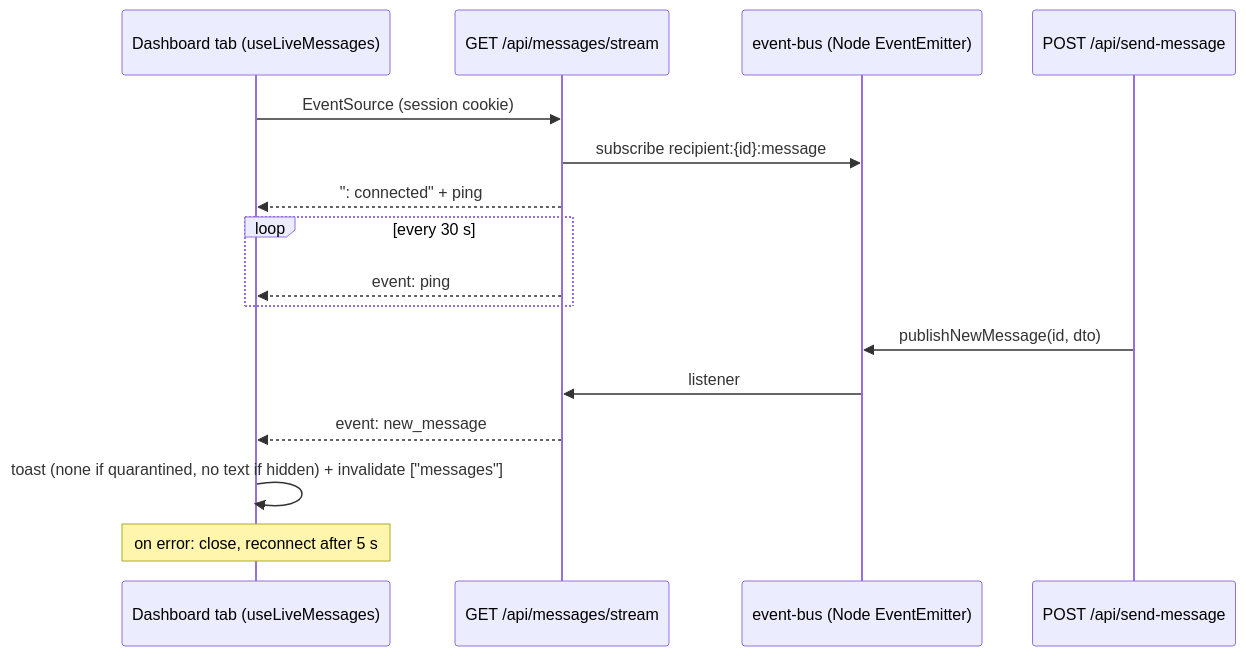
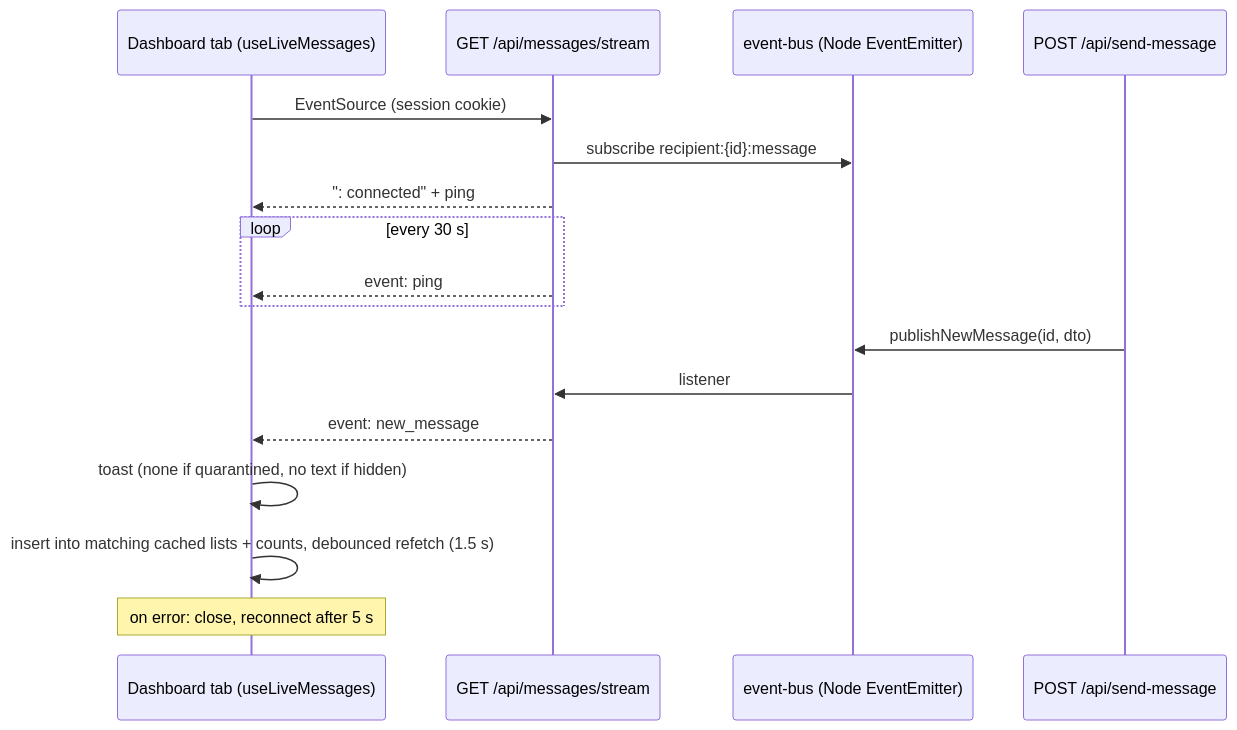
Before and after one commit to Abbas4tech/GhostMsg: the fourth of 4 diagrams in docs/18-notifications-and-realtime.md, drawn with Mermaid. The commit also changed other lines of this file and 109 other files, not shown here.

Commit message:
feat: implement core backend API, type-safe client controllers, and frontend dashboard architecture

````diff
--- a/docs/18-notifications-and-realtime.md
+++ b/docs/18-notifications-and-realtime.md
@@ -125,19 +125,20 @@
 ```mermaid
 sequenceDiagram
     participant Tab as Dashboard tab (useLiveMessages)
     participant ST as GET /api/messages/stream
     participant BUS as event-bus (Node EventEmitter)
     participant SM as POST /api/send-message
 
     Tab->>ST: EventSource (session cookie)
     ST->>BUS: subscribe recipient:{id}:message
     ST-->>Tab: ": connected" + ping
     loop every 30 s
         ST-->>Tab: event: ping
     end
     SM->>BUS: publishNewMessage(id, dto)
     BUS->>ST: listener
     ST-->>Tab: event: new_message
-    Tab->>Tab: toast (none if quarantined, no text if hidden) + invalidate ["messages"]
+    Tab->>Tab: toast (none if quarantined, no text if hidden)
+    Tab->>Tab: insert into matching cached lists + counts, debounced refetch (1.5 s)
     Note over Tab: on error: close, reconnect after 5 s
 ```
````
